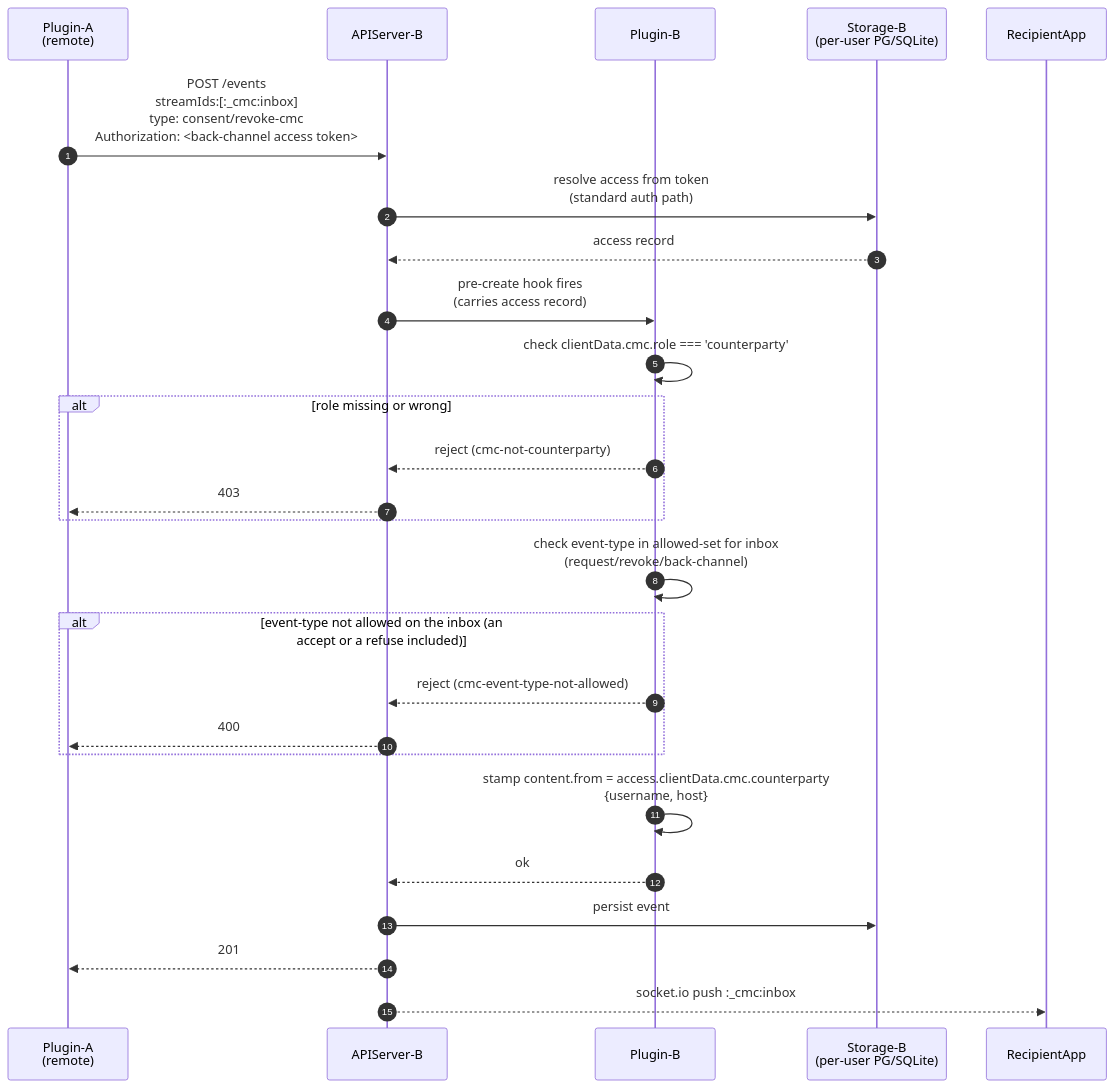
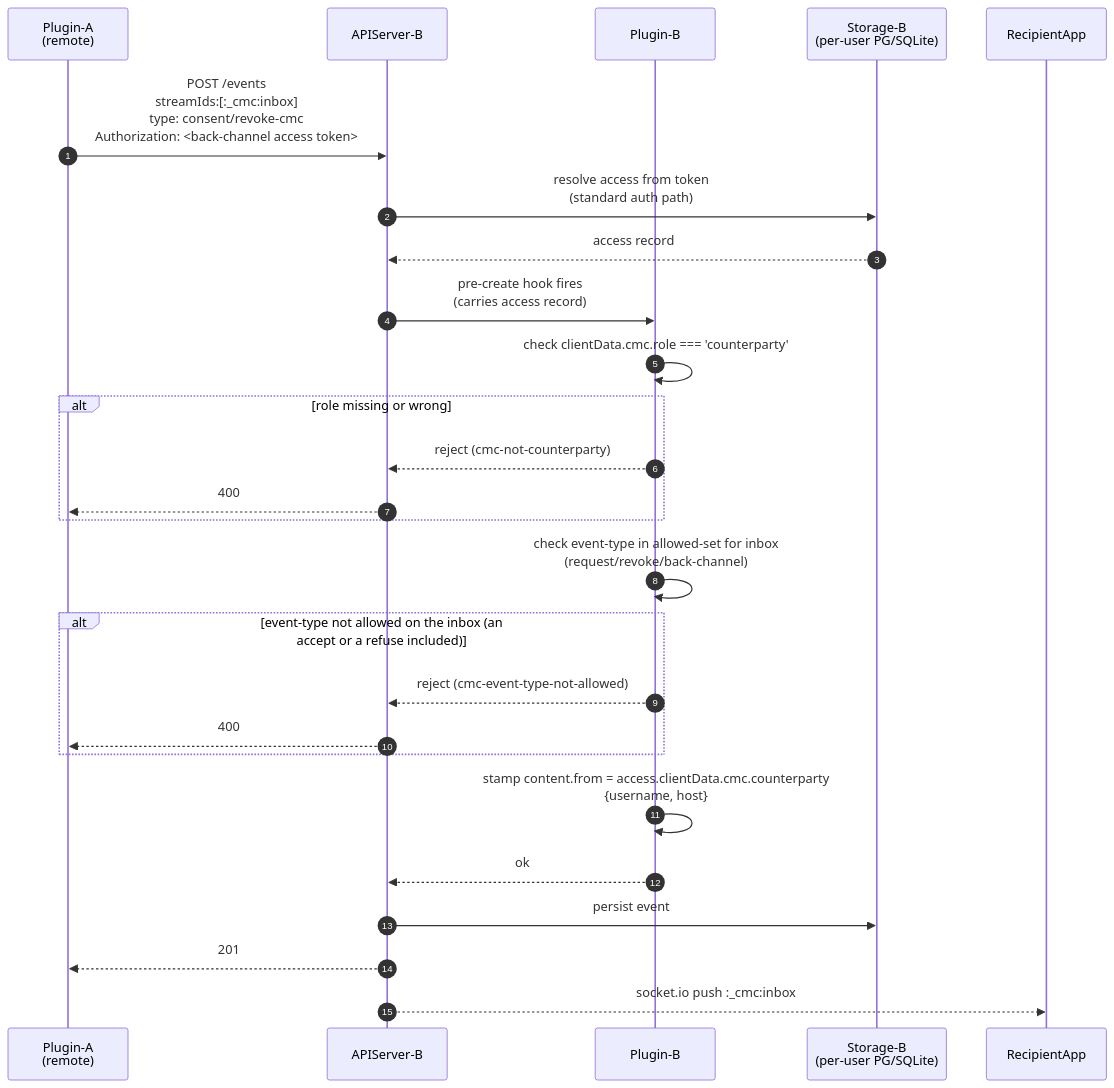
Before and after one commit to pryv/open-pryv.io: the fifth of 14 diagrams in components/cmc/INTERNALS.md, drawn with Mermaid. The commit also changed 2 other files, not shown here.

Commit message:
cmc: comments and INTERNALS say where an accept now arrives (responses stream) and the 400 for a non-counterparty inbox write

````diff
--- a/components/cmc/INTERNALS.md
+++ b/components/cmc/INTERNALS.md
@@ -252,29 +252,29 @@
 ```mermaid
 sequenceDiagram
     autonumber
     participant PeerPlugin as Plugin-A<br/>(remote)
     participant APIServer as APIServer-B
     participant Plugin as Plugin-B
     participant Storage as Storage-B<br/>(per-user PG/SQLite)
     participant App as RecipientApp
 
     PeerPlugin->>APIServer: POST /events<br/>streamIds:[:_cmc:inbox]<br/>type: consent/revoke-cmc<br/>Authorization: <back-channel access token>
     APIServer->>Storage: resolve access from token<br/>(standard auth path)
     Storage-->>APIServer: access record
     APIServer->>Plugin: pre-create hook fires<br/>(carries access record)
     Plugin->>Plugin: check clientData.cmc.role === 'counterparty'
     alt role missing or wrong
         Plugin-->>APIServer: reject (cmc-not-counterparty)
-        APIServer-->>PeerPlugin: 403
+        APIServer-->>PeerPlugin: 400
     end
     Plugin->>Plugin: check event-type in allowed-set for inbox<br/>(request/revoke/back-channel)
     alt event-type not allowed on the inbox (an accept or a refuse included)
         Plugin-->>APIServer: reject (cmc-event-type-not-allowed)
         APIServer-->>PeerPlugin: 400
     end
     Plugin->>Plugin: stamp content.from = access.clientData.cmc.counterparty<br/>{username, host}
     Plugin-->>APIServer: ok
     APIServer->>Storage: persist event
     APIServer-->>PeerPlugin: 201
     APIServer-->>App: socket.io push :_cmc:inbox
 ```
````
